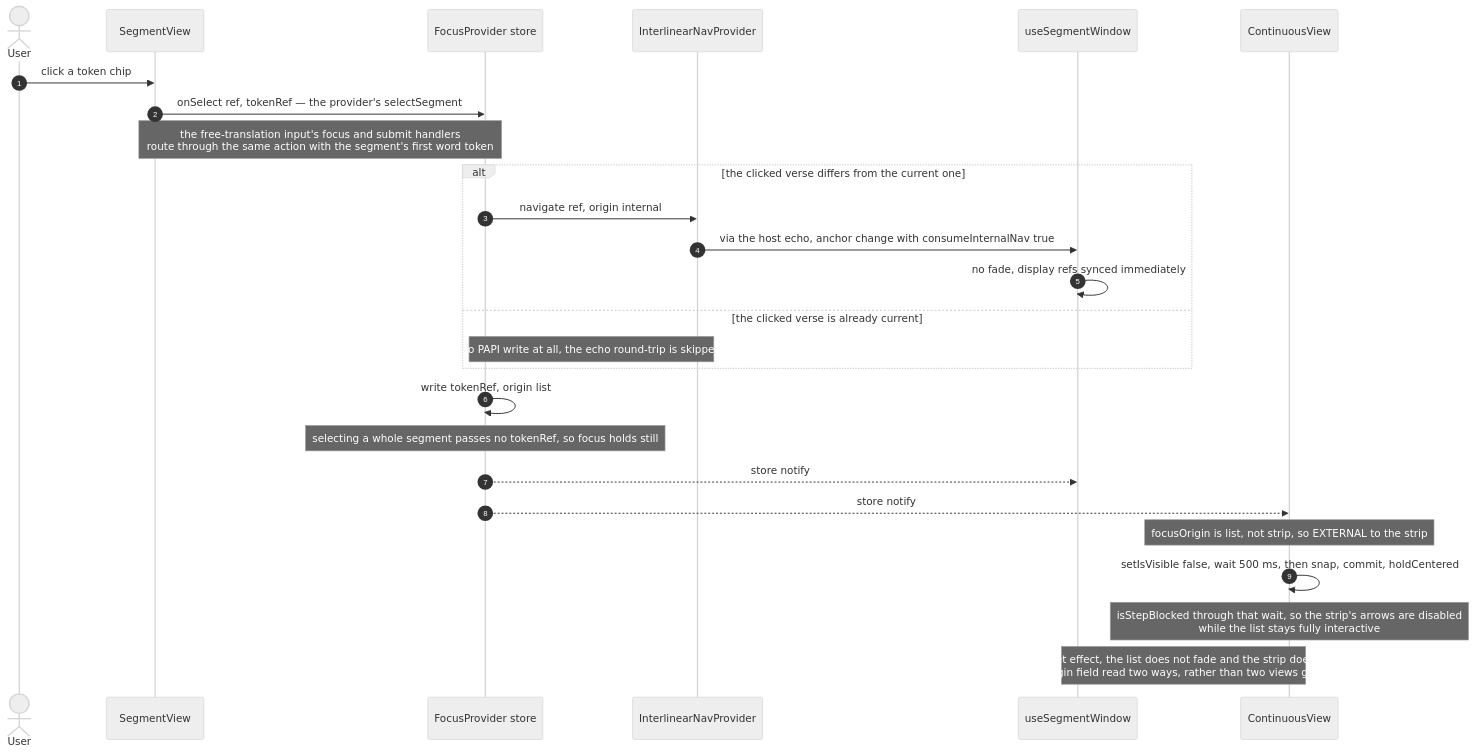
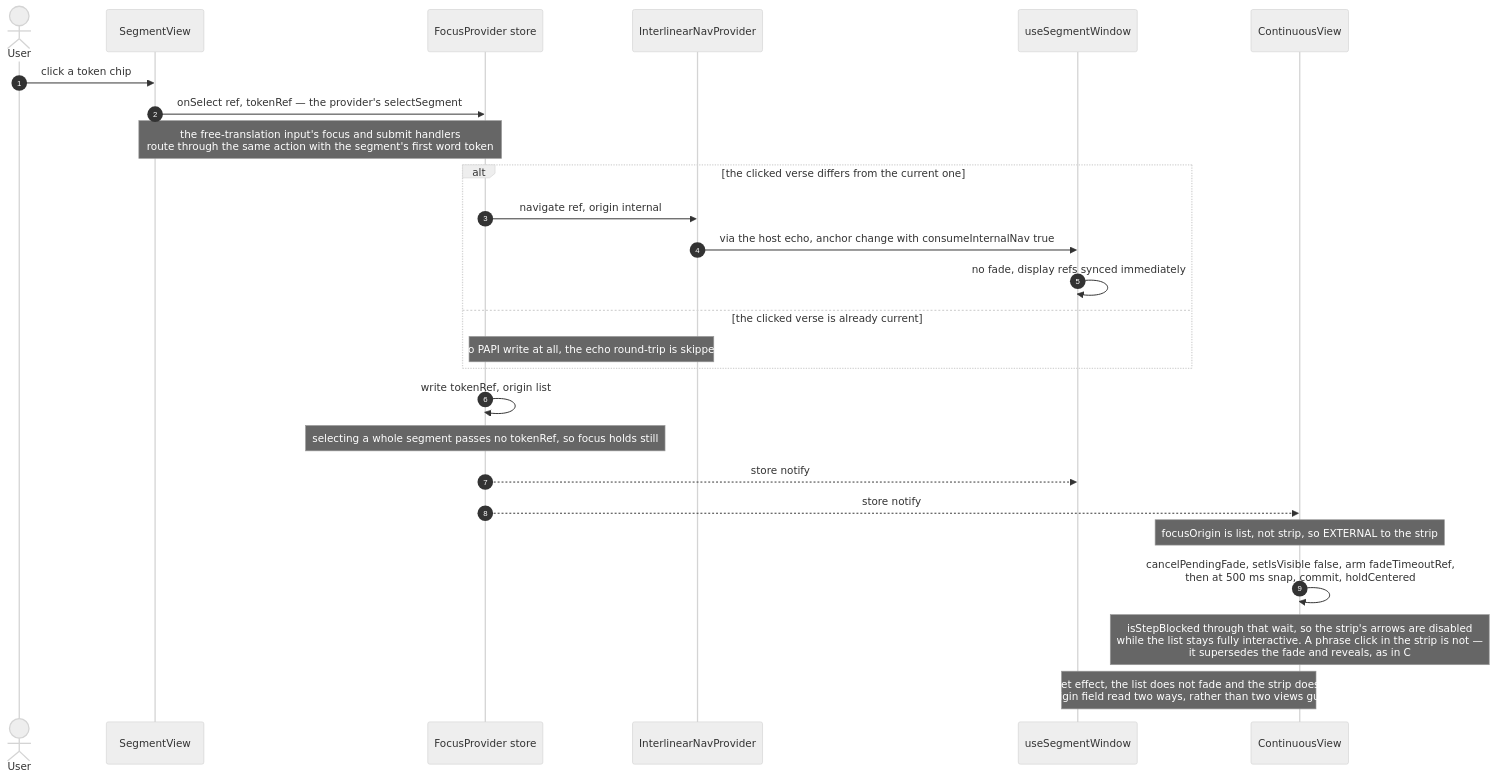
The fourth of 6 diagrams in docs/navigation/04b-scenarios.md (sillsdev/interlinearizer-extension), drawn with Mermaid (neutral theme) before and after one commit. The commit also changed other lines of this file, not shown here.

First line of the commit message:
Carry the scenario atlas forward to the strip's fade fixes

````diff
--- a/docs/navigation/04b-scenarios.md
+++ b/docs/navigation/04b-scenarios.md
@@ -200,31 +203,31 @@
 ```mermaid
 sequenceDiagram
     autonumber
     actor U as User
     participant SV as SegmentView
     participant F as FocusProvider store
     participant N as InterlinearNavProvider
     participant W as useSegmentWindow
     participant S as ContinuousView
 
     U->>SV: click a token chip
     SV->>F: onSelect ref, tokenRef — the provider's selectSegment
     Note over SV,F: the free-translation input's focus and submit handlers<br/>route through the same action with the segment's first word token
 
     alt the clicked verse differs from the current one
         F->>N: navigate ref, origin internal
         N->>W: via the host echo, anchor change with consumeInternalNav true
         W->>W: no fade, display refs synced immediately
     else the clicked verse is already current
         Note over F,N: no PAPI write at all, the echo round-trip is skipped
     end
 
     F->>F: write tokenRef, origin list
     Note over F: selecting a whole segment passes no tokenRef, so focus holds still
     F-->>W: store notify
     F-->>S: store notify
     Note over S: focusOrigin is list, not strip, so EXTERNAL to the strip
-    S->>S: setIsVisible false, wait 500 ms, then snap, commit, holdCentered
-    Note over S: isStepBlocked through that wait, so the strip's arrows are disabled<br/>while the list stays fully interactive
+    S->>S: cancelPendingFade, setIsVisible false, arm fadeTimeoutRef,<br/>then at 500 ms snap, commit, holdCentered
+    Note over S: isStepBlocked through that wait, so the strip's arrows are disabled<br/>while the list stays fully interactive. A phrase click in the strip is not —<br/>it supersedes the fade and reveals, as in C
     Note over W,S: net effect, the list does not fade and the strip does.<br/>One origin field read two ways, rather than two views guessing
 ```
````
